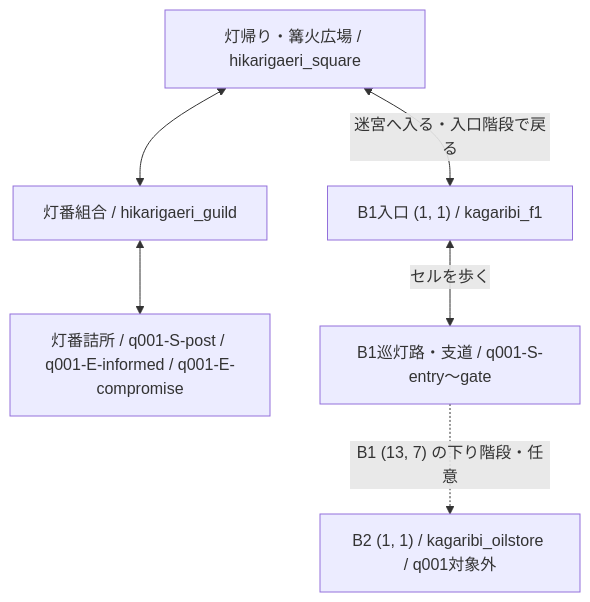
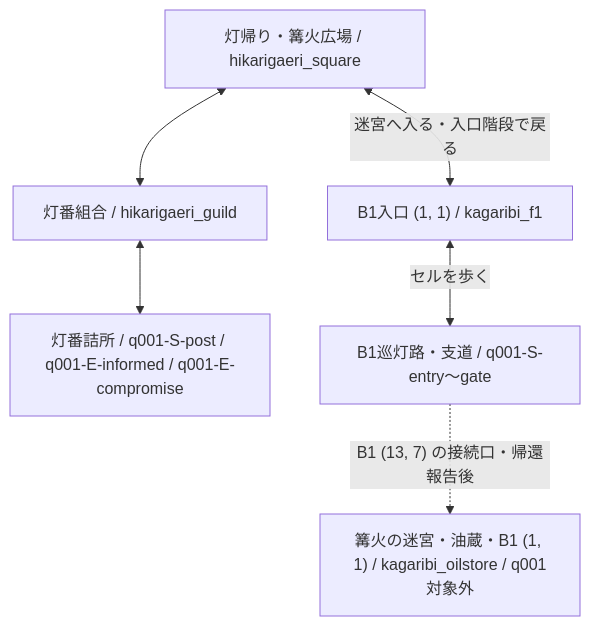
The diagram in doc/scenarios/quests/QUEST_Q001.md (TomTomYoung/adv), drawn with Mermaid before and after one commit. The commit also changed other lines of this file and 55 other files, not shown here.

````diff
--- a/doc/scenarios/quests/QUEST_Q001.md
+++ b/doc/scenarios/quests/QUEST_Q001.md
@@ -37,14 +39,14 @@
 ```mermaid
 flowchart TD
   square["灯帰り・篝火広場 / hikarigaeri_square"]
   guild["灯番組合 / hikarigaeri_guild"]
   post["灯番詰所 / q001-S-post / q001-E-informed / q001-E-compromise"]
   entrance["B1入口 (1, 1) / kagaribi_f1"]
   route["B1巡灯路・支道 / q001-S-entry〜gate"]
-  deeper["B2 (1, 1) / kagaribi_oilstore / q001対象外"]
+  deeper["篝火の迷宮・油蔵・B1 (1, 1) / kagaribi_oilstore / q001対象外"]
   square <--> guild
   guild <--> post
   square <-->|迷宮へ入る・入口階段で戻る| entrance
   entrance <-->|セルを歩く| route
-  route -.->|"B1 (13, 7) の下り階段・任意"| deeper
+  route -.->|"B1 (13, 7) の接続口・帰還報告後"| deeper
 ```
````
